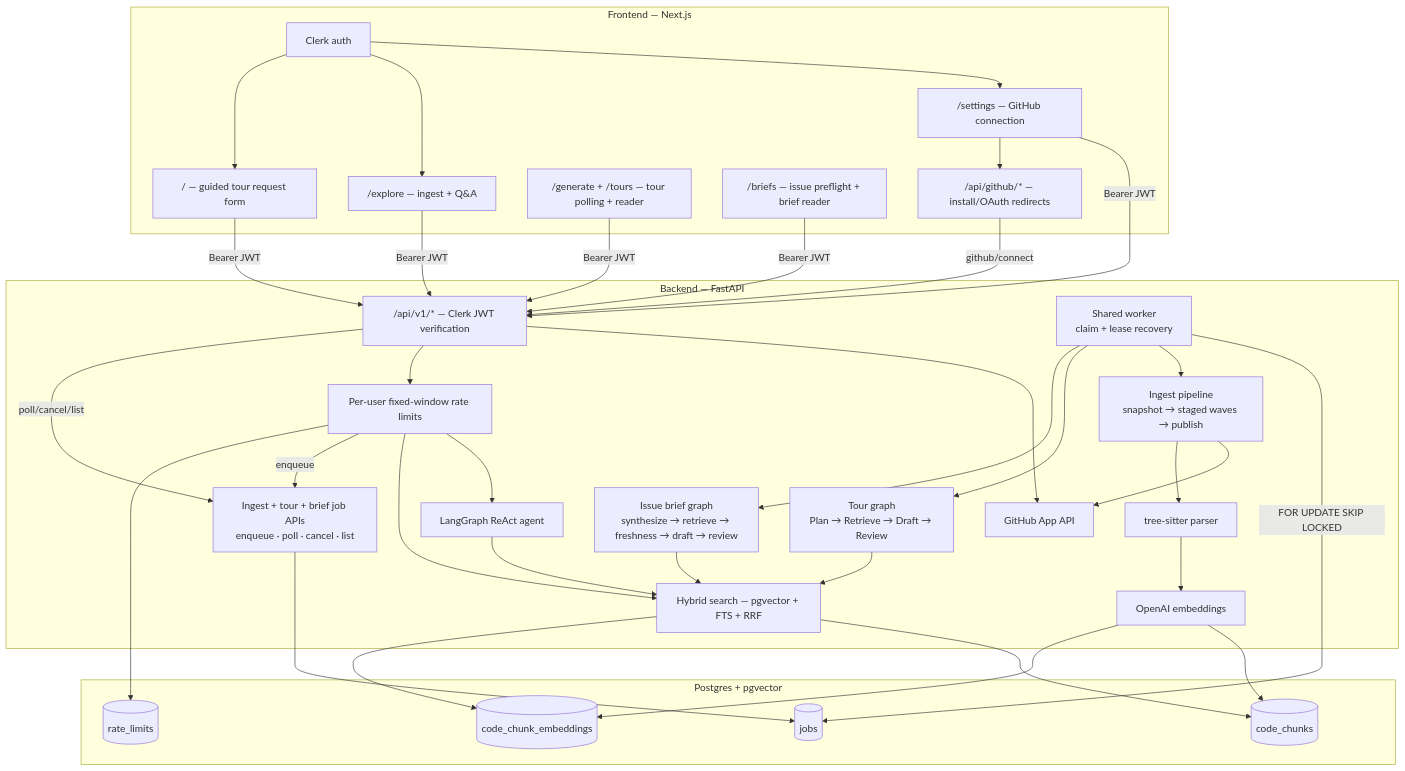
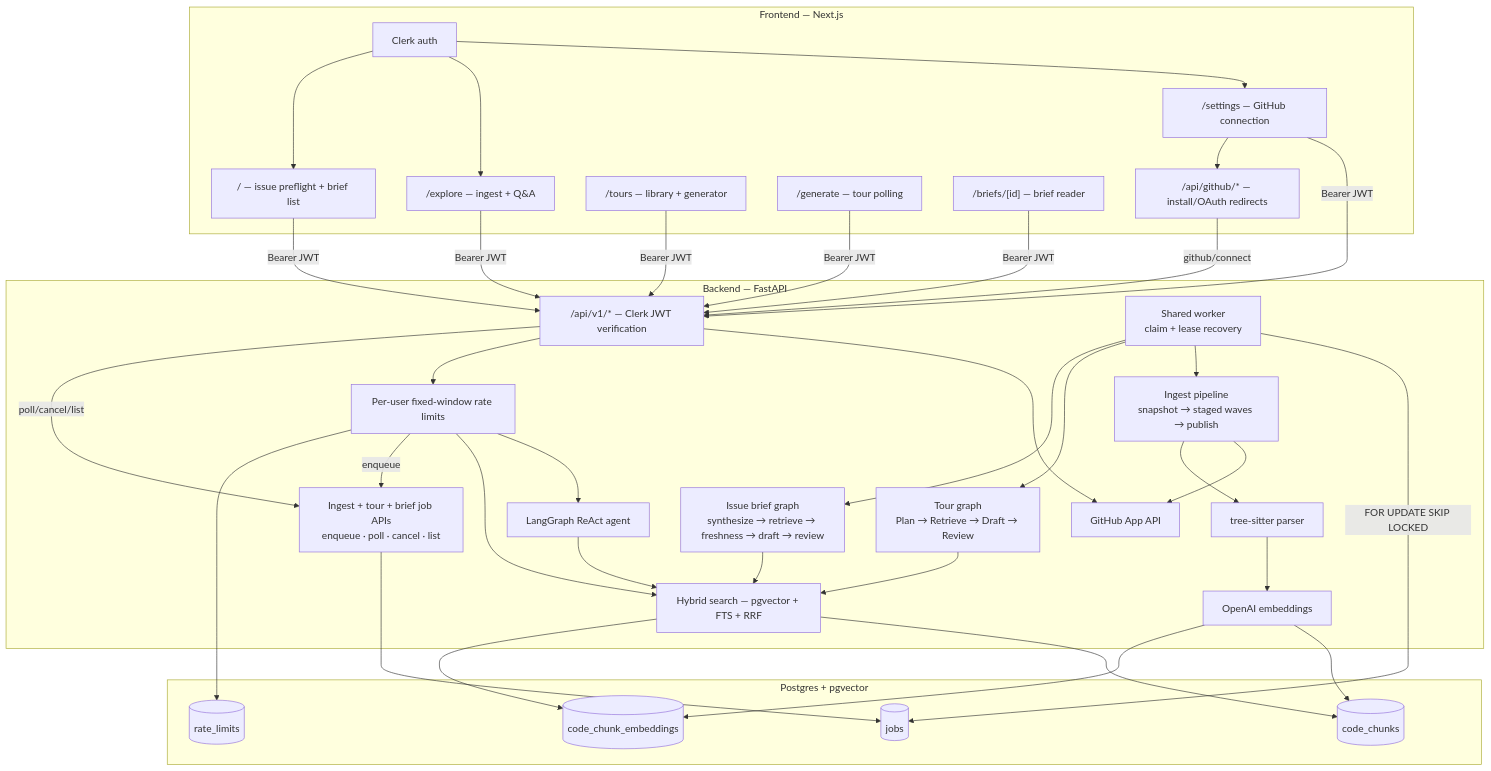
The second of 3 diagrams in README.md (jballo/camino), drawn with Mermaid before and after one commit. The commit also changed other lines of this file and 9 other files, not shown here.

Commit message:
Reposition issue briefs as Camino home

````diff
--- a/README.md
+++ b/README.md
@@ -86,65 +86,67 @@
 ```mermaid
 flowchart TB
   subgraph frontend [Frontend — Next.js]
     Clerk[Clerk auth]
     Settings["/settings — GitHub connection"]
     Explore["/explore — ingest + Q&A"]
-    Home["/ — guided tour request form"]
-    TourUI["/generate + /tours — tour polling + reader"]
-    BriefUI["/briefs — issue preflight + brief reader"]
+    Home["/ — issue preflight + brief list"]
+    TourUI["/tours — library + generator"]
+    GenerateUI["/generate — tour polling"]
+    BriefUI["/briefs/[id] — brief reader"]
     GithubRoutes["/api/github/* — install/OAuth redirects"]
   end
 
   subgraph backend [Backend — FastAPI]
     API["/api/v1/* — Clerk JWT verification"]
     GH[GitHub App API]
     Ingest["Ingest pipeline<br/>snapshot → staged waves → publish"]
     Parser[tree-sitter parser]
     Embed[OpenAI embeddings]
     Search[Hybrid search — pgvector + FTS + RRF]
     Agent[LangGraph ReAct agent]
     JobAPIs["Ingest + tour + brief job APIs<br/>enqueue · poll · cancel · list"]
     Worker["Shared worker<br/>claim + lease recovery"]
     TourGraph["Tour graph<br/>Plan → Retrieve → Draft → Review"]
     BriefGraph["Issue brief graph<br/>synthesize → retrieve → freshness → draft → review"]
     Limits["Per-user fixed-window rate limits"]
   end
 
   subgraph data [Postgres + pgvector]
     Chunks[(code_chunks)]
     Vectors[(code_chunk_embeddings)]
     Jobs[(jobs)]
     Counters[(rate_limits)]
   end
 
   Clerk --> Settings
   Clerk --> Explore
   Clerk --> Home
   Settings -->|"Bearer JWT"| API
   Explore -->|"Bearer JWT"| API
   Home -->|"Bearer JWT"| API
   TourUI -->|"Bearer JWT"| API
+  GenerateUI -->|"Bearer JWT"| API
   BriefUI -->|"Bearer JWT"| API
   Settings --> GithubRoutes
   GithubRoutes -->|github/connect| API
   API --> GH
   API --> Limits
   Limits --> Agent
   Limits --> Search
   Limits -->|enqueue| JobAPIs
   API -->|poll/cancel/list| JobAPIs
   Limits --> Counters
   Ingest --> GH
   Ingest --> Parser --> Embed --> Chunks
   Embed --> Vectors
   Agent --> Search
   JobAPIs --> Jobs
   Worker -->|"FOR UPDATE SKIP LOCKED"| Jobs
   Worker --> Ingest
   Worker --> TourGraph
   Worker --> BriefGraph
   TourGraph --> Search
   BriefGraph --> Search
   Search --> Chunks
   Search --> Vectors
 ```
````
